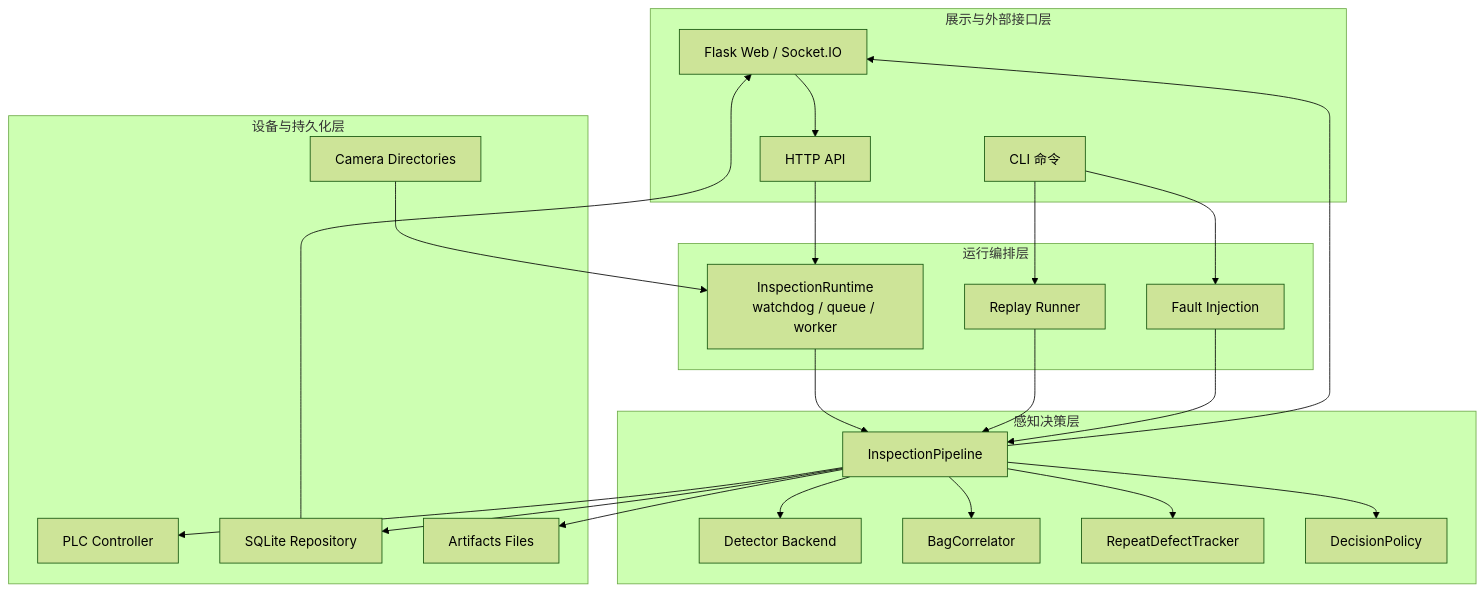
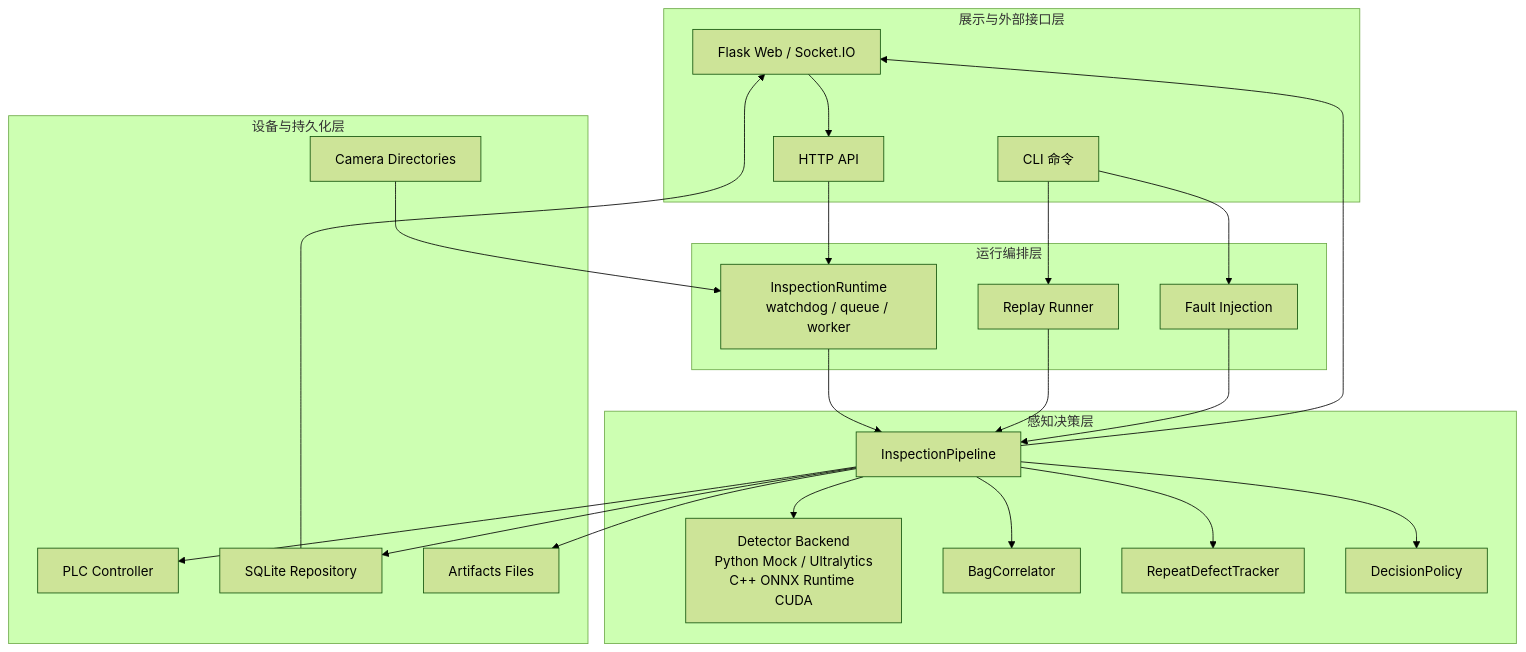
The diagram in docs/architecture/README.md (MzKyle/Defect-detection-of-water-sampling-bags), drawn with Mermaid (forest theme) before and after one commit. The commit also changed other lines of this file and 192 other files, not shown here.

````diff
--- a/docs/architecture/README.md
+++ b/docs/architecture/README.md
@@ -7,47 +7,47 @@
 ```mermaid
 graph TB
     subgraph L4["展示与外部接口层"]
         WEB["Flask Web / Socket.IO"]
         API["HTTP API"]
         CLI["CLI 命令"]
     end
 
     subgraph L3["运行编排层"]
         RT["InspectionRuntime<br/>watchdog / queue / worker"]
         REP["Replay Runner"]
         FI["Fault Injection"]
     end
 
     subgraph L2["感知决策层"]
         PIPE["InspectionPipeline"]
-        DET["Detector Backend"]
+        DET["Detector Backend<br/>Python Mock / Ultralytics<br/>C++ ONNX Runtime CUDA"]
         COR["BagCorrelator"]
         RPT["RepeatDefectTracker"]
         POL["DecisionPolicy"]
     end
 
     subgraph L1["设备与持久化层"]
         CAM["Camera Directories"]
         PLC["PLC Controller"]
         DB["SQLite Repository"]
         FS["Artifacts Files"]
     end
 
     CAM --> RT
     WEB --> API
     API --> RT
     CLI --> REP
     CLI --> FI
     RT --> PIPE
     REP --> PIPE
     FI --> PIPE
     PIPE --> DET
     PIPE --> COR
     PIPE --> RPT
     PIPE --> POL
     PIPE --> PLC
     PIPE --> DB
     PIPE --> FS
     DB --> WEB
     PIPE --> WEB
 ```
````
